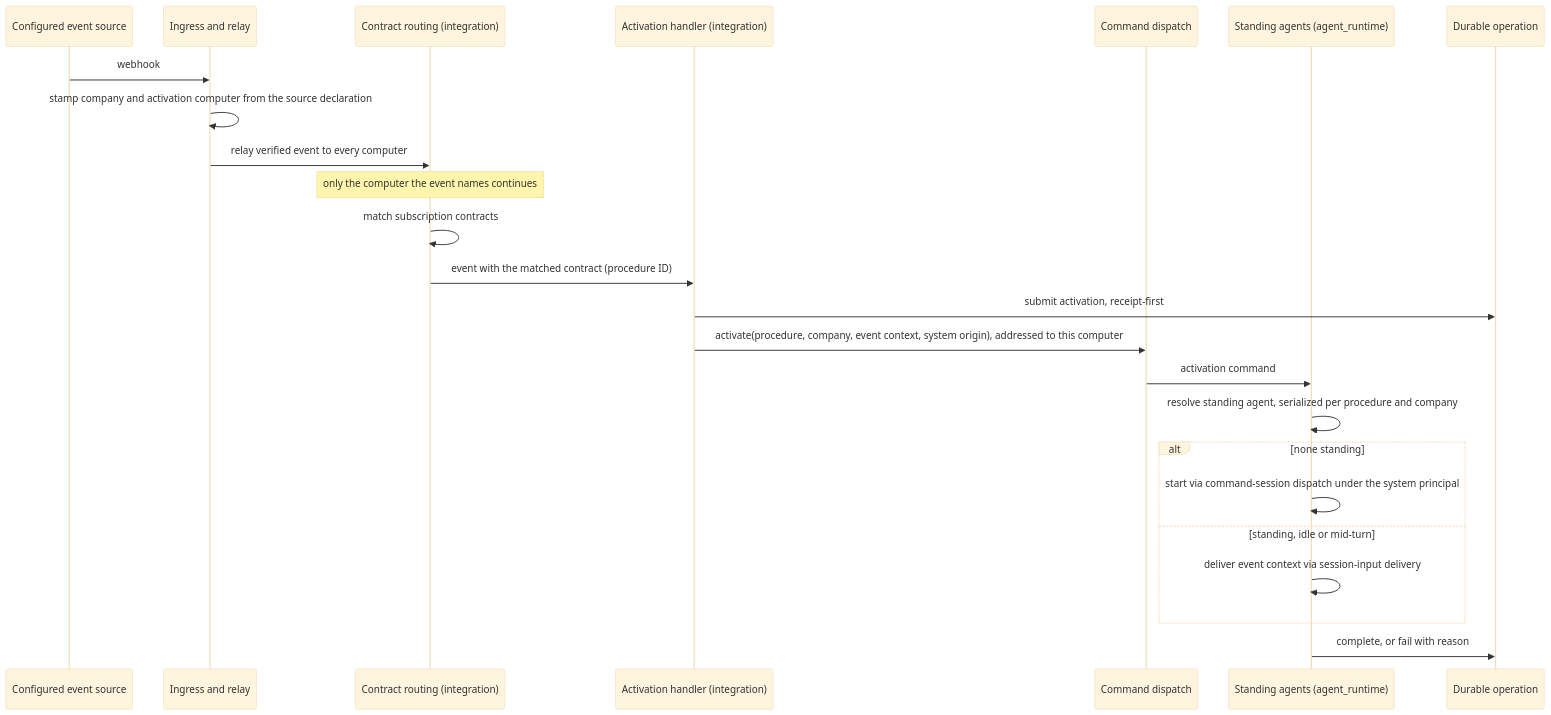
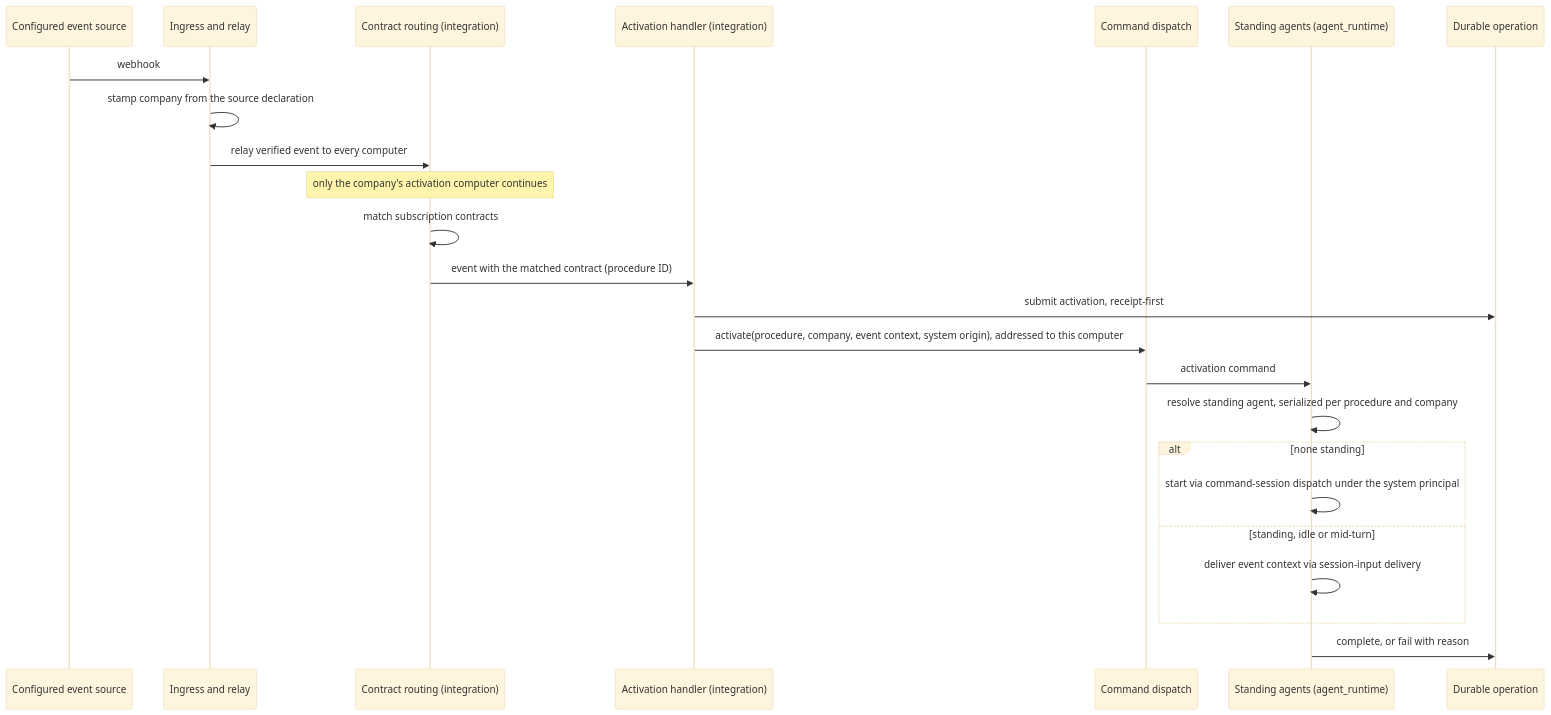
Before and after one commit to InstruktAI/TeleClaude: the diagram in docs/project/design/architecture/procedure-activation.md, drawn with Mermaid (base theme). The commit also changed other lines of this file and 5 other files, not shown here.

First line of the commit message:
docs(procedure-event-activation): declare the activation computer per company and register procedure contracts with their handler

````diff
--- a/docs/project/design/architecture/procedure-activation.md
+++ b/docs/project/design/architecture/procedure-activation.md
@@ -101,27 +105,27 @@
 ```mermaid
 sequenceDiagram
     participant Src as Configured event source
     participant Ing as Ingress and relay
     participant Rt as Contract routing (integration)
     participant Act as Activation handler (integration)
     participant Cmd as Command dispatch
     participant AR as Standing agents (agent_runtime)
     participant Op as Durable operation
 
     Src->>Ing: webhook
-    Ing->>Ing: stamp company and activation computer from the source declaration
+    Ing->>Ing: stamp company from the source declaration
     Ing->>Rt: relay verified event to every computer
-    Note over Rt: only the computer the event names continues
+    Note over Rt: only the company's activation computer continues
     Rt->>Rt: match subscription contracts
     Rt->>Act: event with the matched contract (procedure ID)
     Act->>Op: submit activation, receipt-first
     Act->>Cmd: activate(procedure, company, event context, system origin), addressed to this computer
     Cmd->>AR: activation command
     AR->>AR: resolve standing agent, serialized per procedure and company
     alt none standing
         AR->>AR: start via command-session dispatch under the system principal
     else standing, idle or mid-turn
         AR->>AR: deliver event context via session-input delivery
     end
     AR->>Op: complete, or fail with reason
 ```
````
